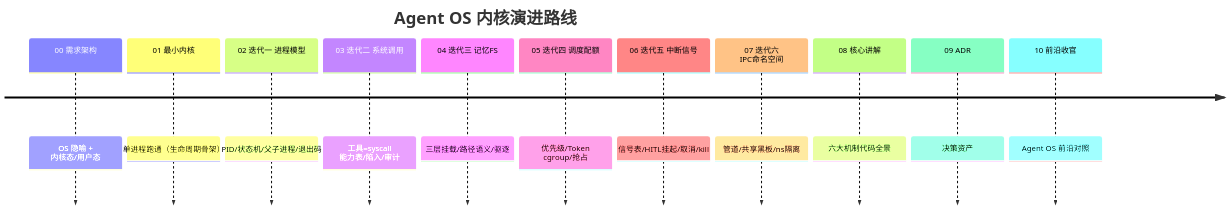
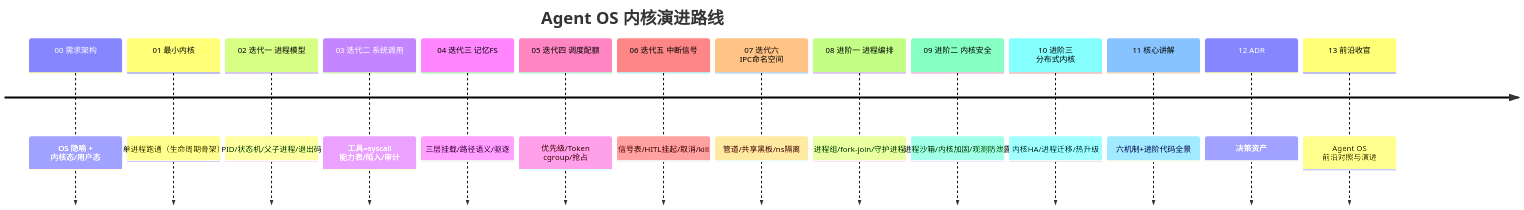
Before and after one commit to UranusGit/java-agent-learn: the third of 3 diagrams in docs/项目/15-企业级Agent操作系统内核/00-需求分析与架构设计.md, drawn with Mermaid. The commit also changed other lines of this file and 12 other files, not shown here.

````diff
--- a/docs/项目/15-企业级Agent操作系统内核/00-需求分析与架构设计.md
+++ b/docs/项目/15-企业级Agent操作系统内核/00-需求分析与架构设计.md
@@ -166,15 +166,18 @@
 ```mermaid
 timeline
     title Agent OS 内核演进路线
     00 需求架构 : OS 隐喻 + 内核态/用户态
     01 最小内核 : 单进程跑通（生命周期骨架）
     02 迭代一 进程模型 : PID/状态机/父子进程/退出码
     03 迭代二 系统调用 : 工具=syscall 能力表/陷入/审计
     04 迭代三 记忆FS : 三层挂载/路径语义/驱逐
     05 迭代四 调度配额 : 优先级/Token cgroup/抢占
     06 迭代五 中断信号 : 信号表/HITL挂起/取消/kill
     07 迭代六 IPC命名空间 : 管道/共享黑板/ns隔离
-    08 核心讲解 : 六大机制代码全景
-    09 ADR : 决策资产
-    10 前沿收官 : Agent OS 前沿对照
+    08 进阶一 进程编排 : 进程组/fork-join/守护进程
+    09 进阶二 内核安全 : 进程沙箱/内核加固/观测防泄露
+    10 进阶三 分布式内核 : 内核HA/进程迁移/热升级
+    11 核心讲解 : 六机制+进阶代码全景
+    12 ADR : 决策资产
+    13 前沿收官 : Agent OS 前沿对照与演进
 ```
````
